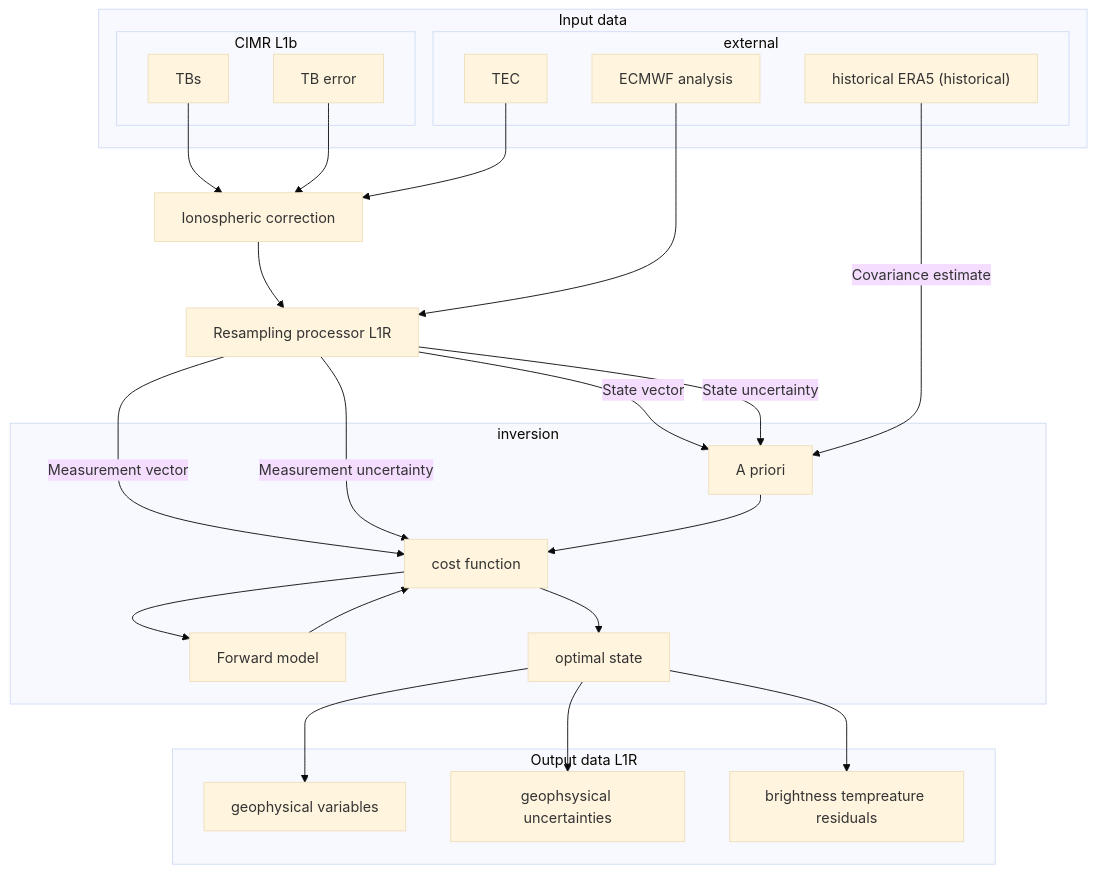
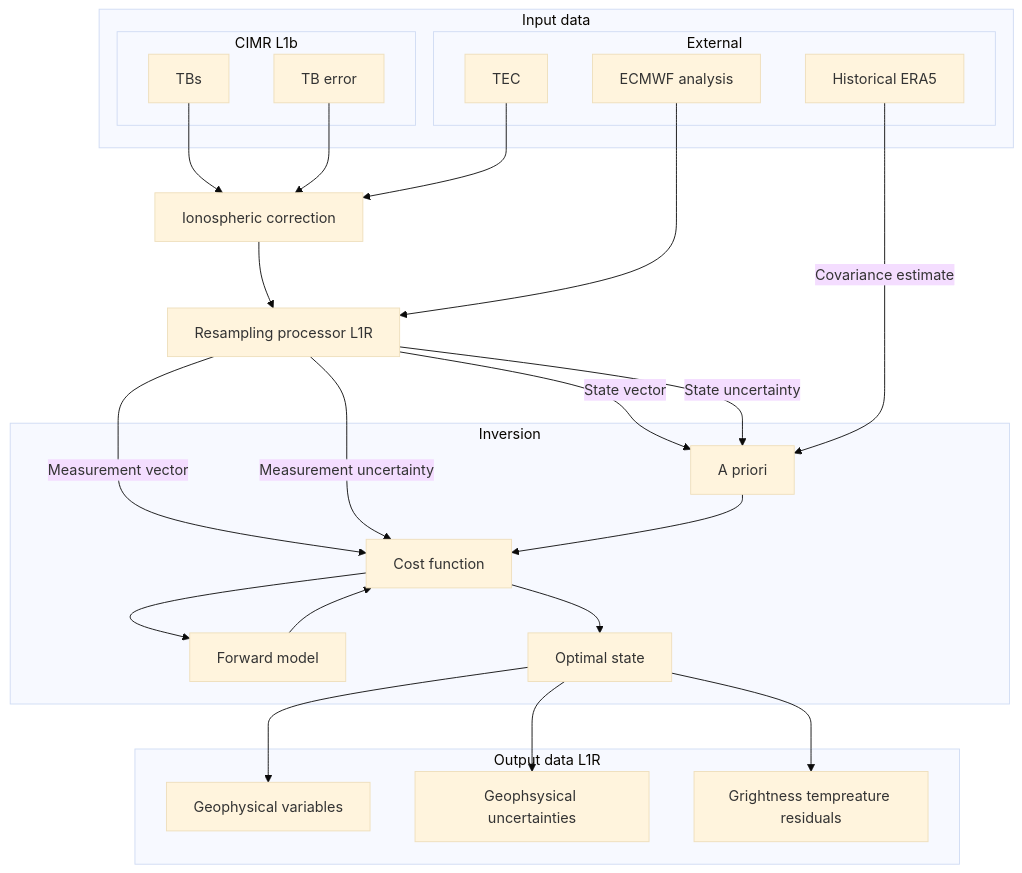
One commit to CIMR-Algos/MultiParameter_ATBD changed the diagram in book/baseline_algorithm_definition.md. Above: the diagram before and after it, drawn with Mermaid (base theme). The commit also changed other lines of this file and 8 other files, not shown here.

````diff
--- a/book/baseline_algorithm_definition.md
+++ b/book/baseline_algorithm_definition.md
@@ -8,52 +8,52 @@
 ```{mermaid}
 graph TD
 	subgraph Input data
 		subgraph CIMR L1b
 			TBs[TBs]
 			TBe[TB error]
 		end
-		subgraph external
+		subgraph External
 			TEC[TEC]
 			ECMWF[ECMWF analysis]
-			ERA5["historical ERA5 (historical)"]
+			ERA5["Historical ERA5"]
 		end
 	end
-	subgraph inversion
+	subgraph Inversion
 		F[Forward model]
-		cost[cost function]
+		cost[Cost function]
 		apriori[A priori] 
-		OS[optimal state]
+		OS[Optimal state]
 
 	end
 
 	subgraph Output data L1R
-		geo[geophysical variables]
-		unc[geophsysical uncertainties]
-		outtb[brightness tempreature residuals]
+		geo[Geophysical variables]
+		unc[Geophsysical uncertainties]
+		outtb[Grightness tempreature residuals]
 	end
 
 	resampling[Resampling processor L1R]
 	icorr[Ionospheric correction]
 
 	TBs --> icorr
 	TBe --> icorr
 	TEC --> icorr
 
 
 	icorr --> resampling
 	ECMWF --> resampling
 	resampling -- Measurement vector --> cost
 	resampling -- Measurement uncertainty --> cost
 	resampling -- State vector --> apriori 
 	resampling -- State uncertainty --> apriori
 
 	ERA5 --Covariance estimate--> apriori
 	apriori --> cost
 	F-->cost
 	cost-->F
 
 	cost --> OS
 	OS --> geo
 	OS --> unc 
 	OS --> outtb
 ```
````
